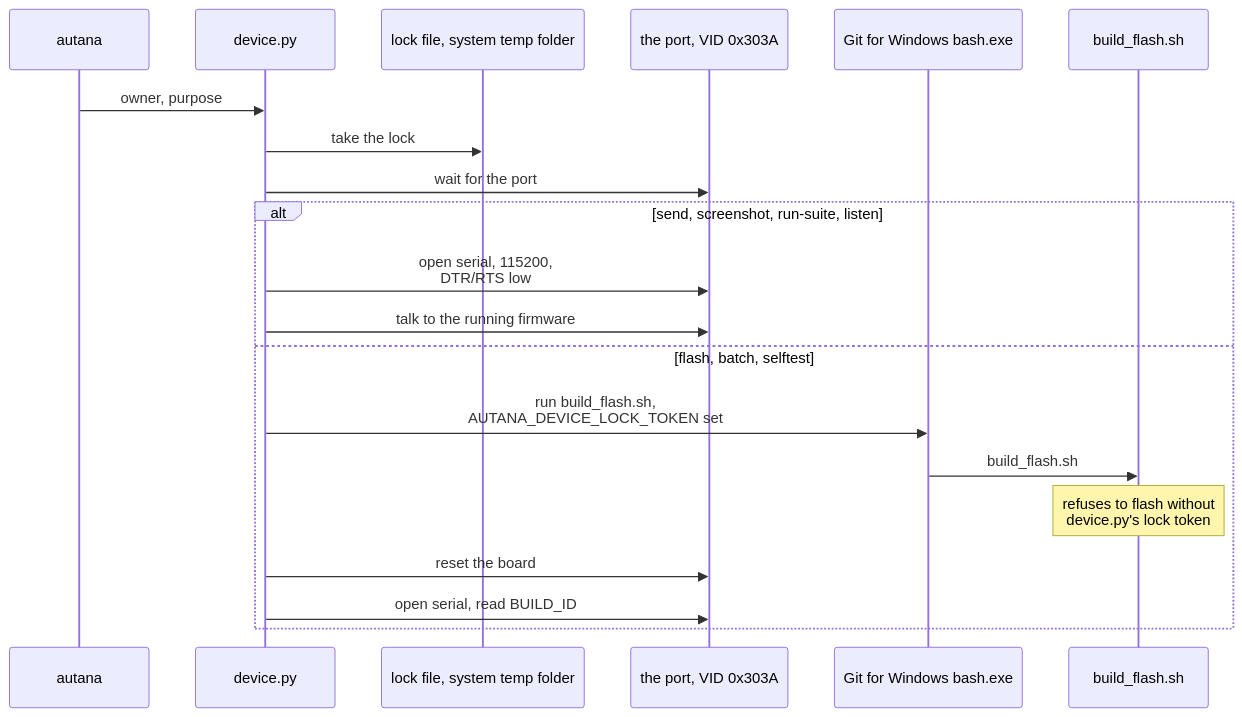
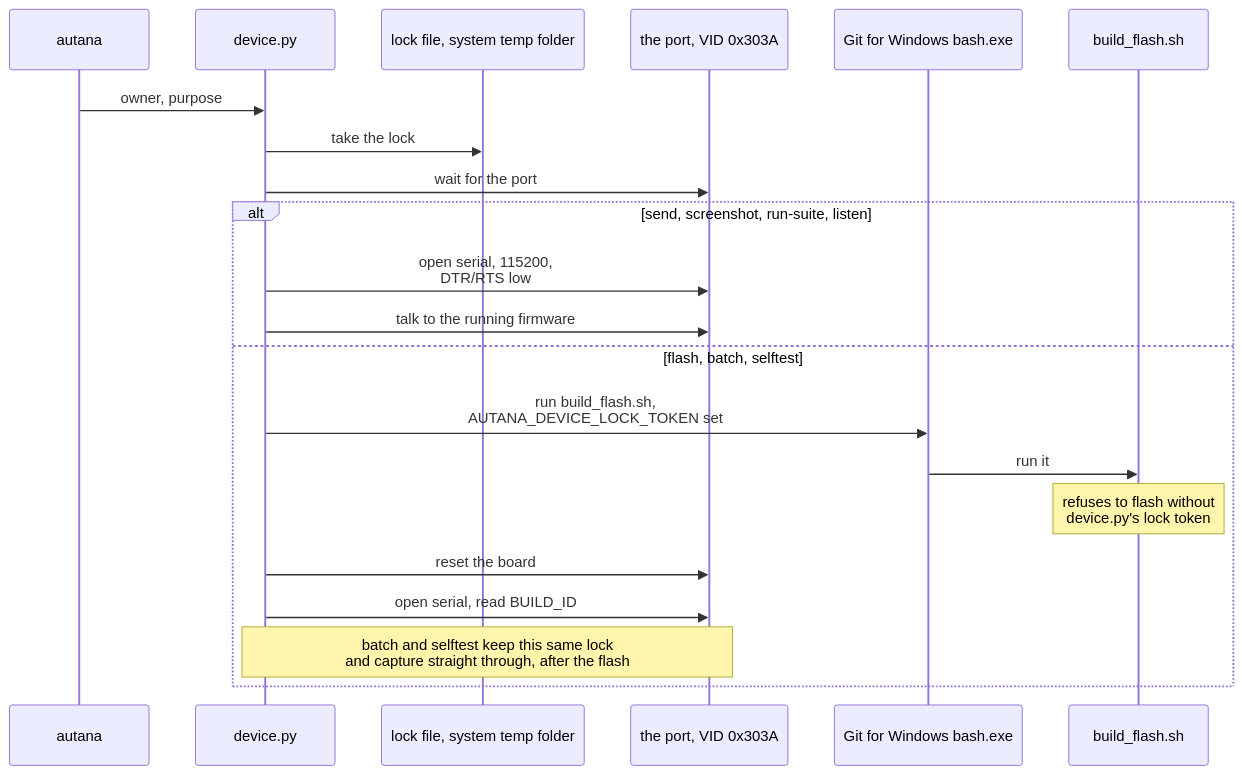
Before and after one commit to jose-villegas/autana: the diagram in docs/tools/Device-Lock.md, drawn with Mermaid. The commit also changed 2 other files, not shown here.

Commit message:
docs: mark tiltShake built, and small diagram/sequence cleanups
input/tilt.{h,c} is a pure, host-tested reader of down/strength/shake
that main.c and app_sand.c both call, each keeping its own tilt_t state
- the shared logic is already the library the roadmap's tiltShake node
proposed, so it moves from proposed to built, with the sentence saying
what it actually is.

Testing-Guide.md's hardware-coupled/pure split diagram had two nodes
(gfx.c, ui_launcher.c) left with no edges once an earlier round removed
what they connected to; dropped them so every node in the diagram
means something. Device-Lock.md's flash-lane message repeated its own
participant's name; changed to "run it", and added a Note that batch
and selftest keep the same lock through the capture that follows a
flash rather than releasing and reacquiring it.

````diff
--- a/docs/tools/Device-Lock.md
+++ b/docs/tools/Device-Lock.md
@@ -8,24 +8,25 @@
 ```mermaid
 sequenceDiagram
     participant App as autana
     participant Dev as device.py
     participant Lock as lock file, system temp folder
     participant Port as the port, VID 0x303A
     participant Bash as Git for Windows bash.exe
     participant Flash as build_flash.sh
 
     App->>Dev: owner, purpose
     Dev->>Lock: take the lock
     Dev->>Port: wait for the port
 
     alt send, screenshot, run-suite, listen
         Dev->>Port: open serial, 115200,<br/>DTR/RTS low
         Dev->>Port: talk to the running firmware
     else flash, batch, selftest
         Dev->>Bash: run build_flash.sh,<br/>AUTANA_DEVICE_LOCK_TOKEN set
-        Bash->>Flash: build_flash.sh
+        Bash->>Flash: run it
         Note over Flash: refuses to flash without<br/>device.py's lock token
         Dev->>Port: reset the board
         Dev->>Port: open serial, read BUILD_ID
+        Note over Dev,Port: batch and selftest keep this same lock<br/>and capture straight through, after the flash
     end
 ```
````
